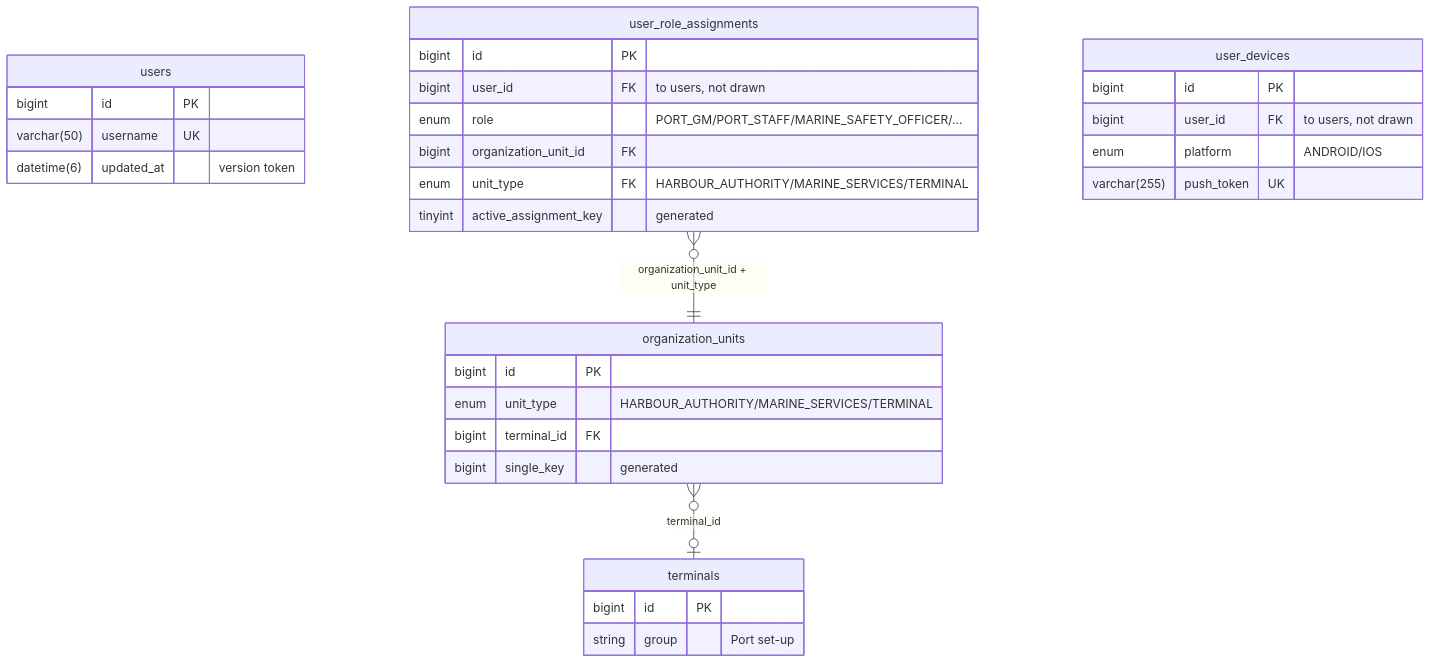
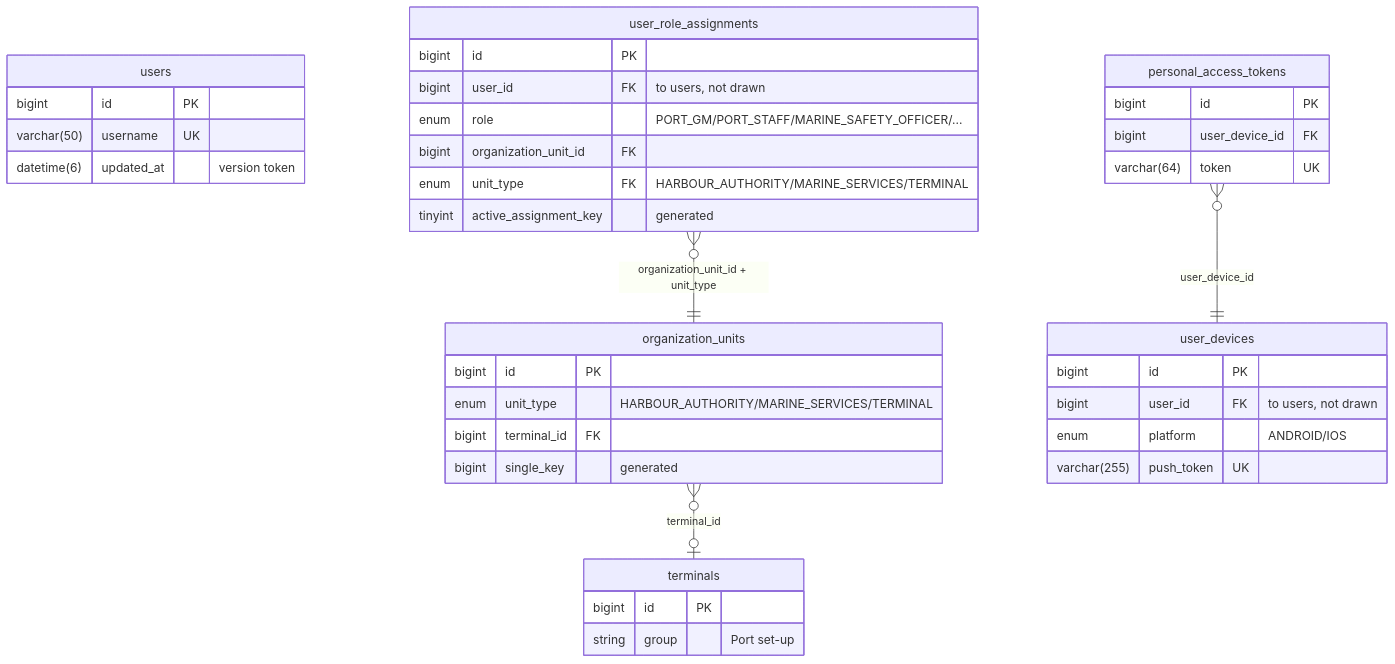
One commit to Atlantech-project/project-backend changed the second of 17 diagrams in ATLANTECH/docs/guide/F05b_database_diagrams.md. Above: the diagram before and after it, drawn with Mermaid. The commit also changed other lines of this file and 17 other files, not shown here.

````diff
--- a/ATLANTECH/docs/guide/F05b_database_diagrams.md
+++ b/ATLANTECH/docs/guide/F05b_database_diagrams.md
@@ -101,34 +101,40 @@
 ```mermaid
 erDiagram
   organization_units {
     bigint id PK
     enum unit_type "HARBOUR_AUTHORITY/MARINE_SERVICES/TERMINAL"
     bigint terminal_id FK
     bigint single_key "generated"
   }
   users {
     bigint id PK
     varchar(50) username UK
     datetime(6) updated_at "version token"
   }
   user_role_assignments {
     bigint id PK
     bigint user_id FK "to users, not drawn"
     enum role "PORT_GM/PORT_STAFF/MARINE_SAFETY_OFFICER/..."
     bigint organization_unit_id FK
     enum unit_type FK "HARBOUR_AUTHORITY/MARINE_SERVICES/TERMINAL"
     tinyint active_assignment_key "generated"
   }
   user_devices {
     bigint id PK
     bigint user_id FK "to users, not drawn"
     enum platform "ANDROID/IOS"
     varchar(255) push_token UK
   }
+  personal_access_tokens {
+    bigint id PK
+    bigint user_device_id FK
+    varchar(64) token UK
+  }
   terminals {
     bigint id PK
     string group "Port set-up"
   }
   organization_units }o--o| terminals : "terminal_id"
   user_role_assignments }o--|| organization_units : "organization_unit_id + unit_type"
+  personal_access_tokens }o--|| user_devices : "user_device_id"
 ```
````
